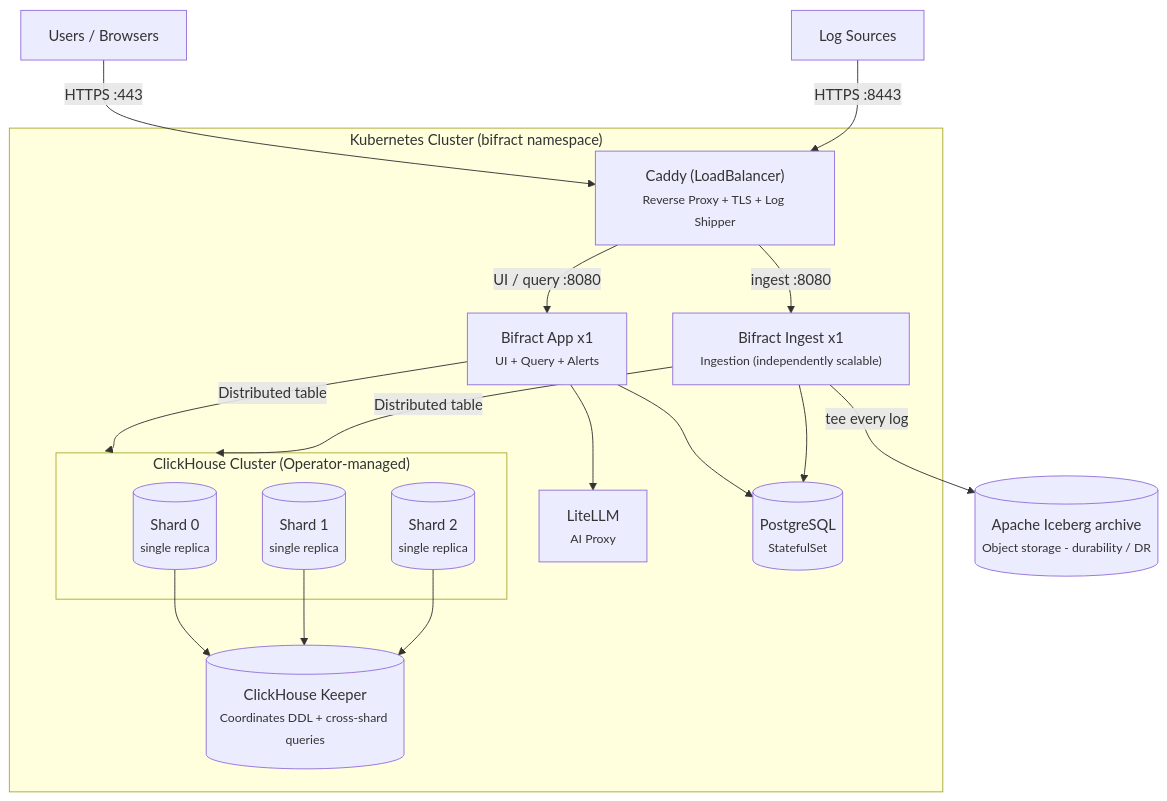
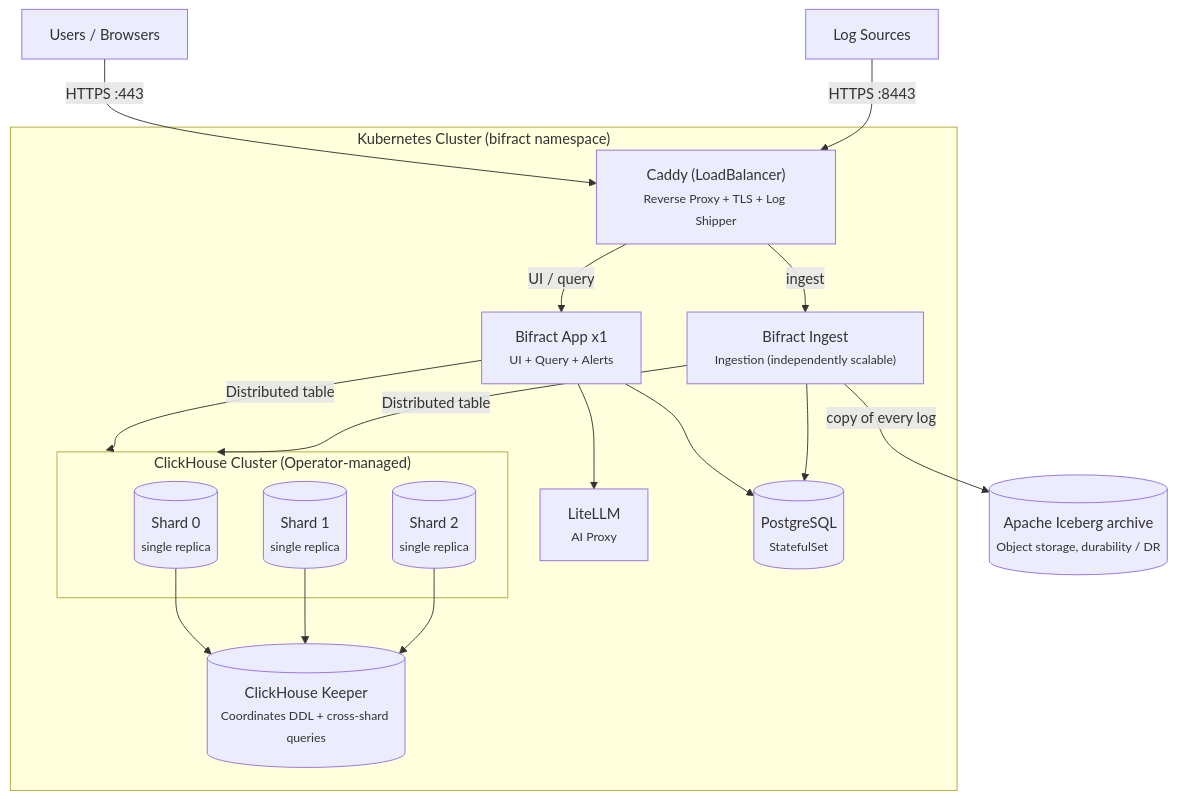
One commit to zaneGittins/bifract changed the diagram in docs/getting-started/kubernetes.md. Above: the diagram before and after it, drawn with Mermaid. The commit also changed other lines of this file and 107 other files, not shown here.

````diff
--- a/docs/getting-started/kubernetes.md
+++ b/docs/getting-started/kubernetes.md
@@ -16,35 +13,35 @@
 ```mermaid
 graph TB
     users["Users / Browsers"]
     sources["Log Sources"]
 
     subgraph k8s ["Kubernetes Cluster (bifract namespace)"]
         caddy["Caddy (LoadBalancer)<br/><small>Reverse Proxy + TLS + Log Shipper</small>"]
         app["Bifract App x1<br/><small>UI + Query + Alerts</small>"]
-        ingest["Bifract Ingest x1<br/><small>Ingestion (independently scalable)</small>"]
+        ingest["Bifract Ingest<br/><small>Ingestion (independently scalable)</small>"]
         litellm["LiteLLM<br/><small>AI Proxy</small>"]
         pg[("PostgreSQL<br/><small>StatefulSet</small>")]
 
         subgraph ch ["ClickHouse Cluster (Operator-managed)"]
             shard0[("Shard 0<br/><small>single replica</small>")]
             shard1[("Shard 1<br/><small>single replica</small>")]
             shard2[("Shard 2<br/><small>single replica</small>")]
         end
 
         keeper[("ClickHouse Keeper<br/><small>Coordinates DDL + cross-shard queries</small>")]
     end
 
-    iceberg[("Apache Iceberg archive<br/><small>Object storage - durability / DR</small>")]
+    iceberg[("Apache Iceberg archive<br/><small>Object storage, durability / DR</small>")]
 
     users -->|"HTTPS :443"| caddy
     sources -->|"HTTPS :8443"| caddy
-    caddy -->|"UI / query :8080"| app
-    caddy -->|"ingest :8080"| ingest
+    caddy -->|"UI / query"| app
+    caddy -->|"ingest"| ingest
     app --> pg
     ingest --> pg
     app -->|"Distributed table"| ch
     ingest -->|"Distributed table"| ch
-    ingest -->|"tee every log"| iceberg
+    ingest -->|"copy of every log"| iceberg
     app --> litellm
     shard0 & shard1 & shard2 --> keeper
 ```
````
